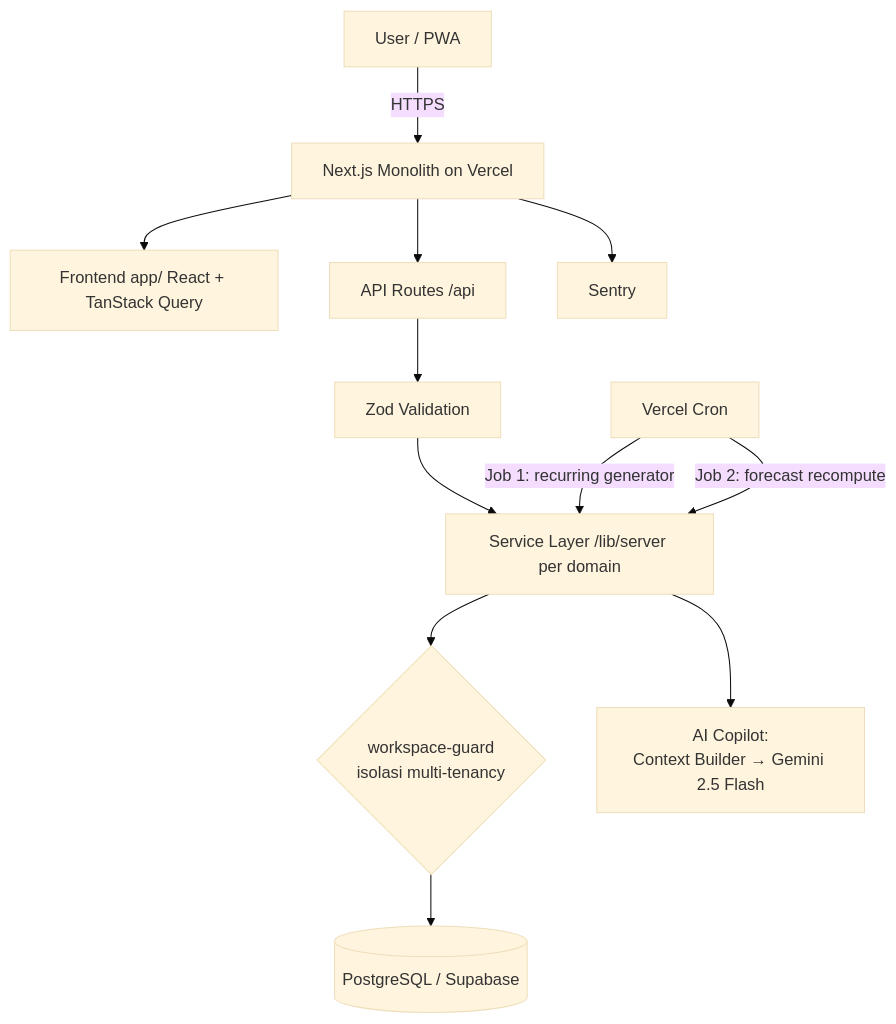
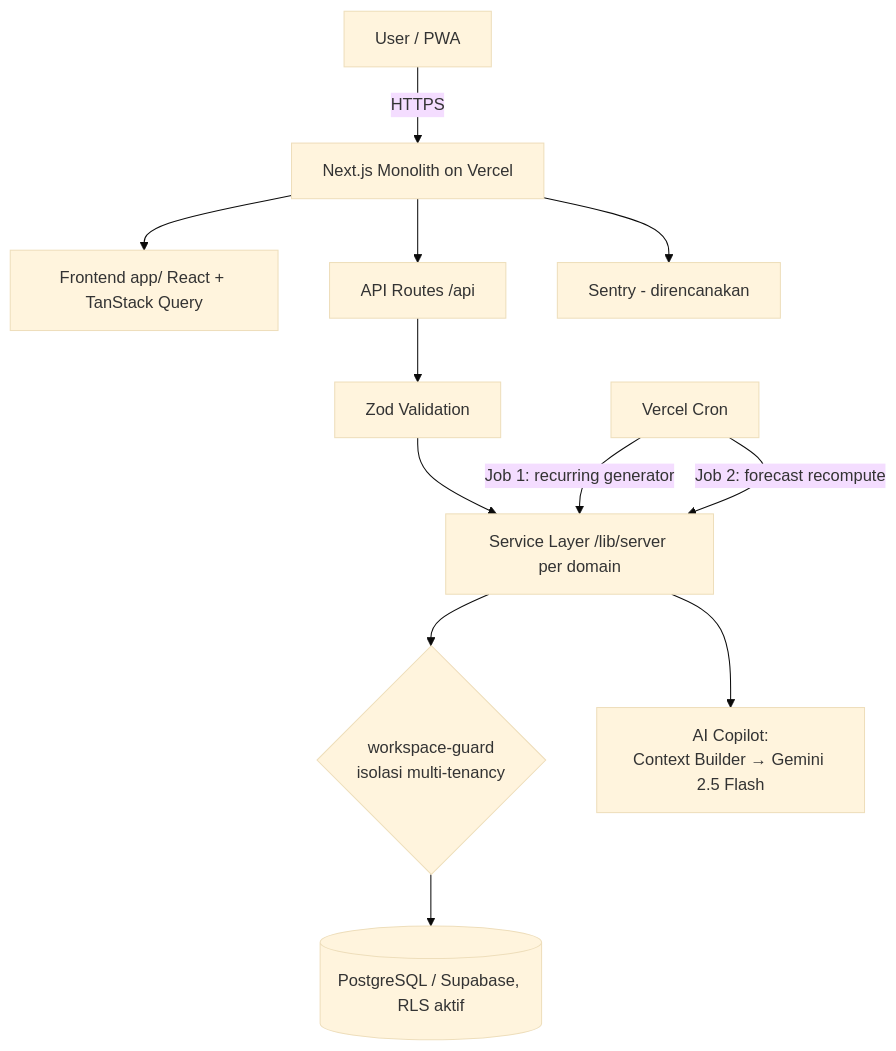
The diagram in README.md (CodeByAbi/Nuxio), drawn with Mermaid (base theme) before and after one commit. The commit also changed other lines of this file, not shown here.

````diff
--- a/README.md
+++ b/README.md
@@ -56,14 +83,14 @@
 ```mermaid
 graph TD
     U[User / PWA] -->|HTTPS| APP[Next.js Monolith on Vercel]
     APP --> UI[Frontend app/ React + TanStack Query]
     APP --> API[API Routes /api]
     API --> V[Zod Validation]
     V --> S[Service Layer /lib/server per domain]
     S --> WG{workspace-guard<br/>isolasi multi-tenancy}
-    WG --> DB[(PostgreSQL / Supabase)]
+    WG --> DB[(PostgreSQL / Supabase, RLS aktif)]
     S --> AI[AI Copilot:<br/>Context Builder → Gemini 2.5 Flash]
     CRON[Vercel Cron] -->|Job 1: recurring generator| S
     CRON -->|Job 2: forecast recompute| S
-    APP --> SENTRY[Sentry]
+    APP --> SENTRY[Sentry - direncanakan]
 ```
````
